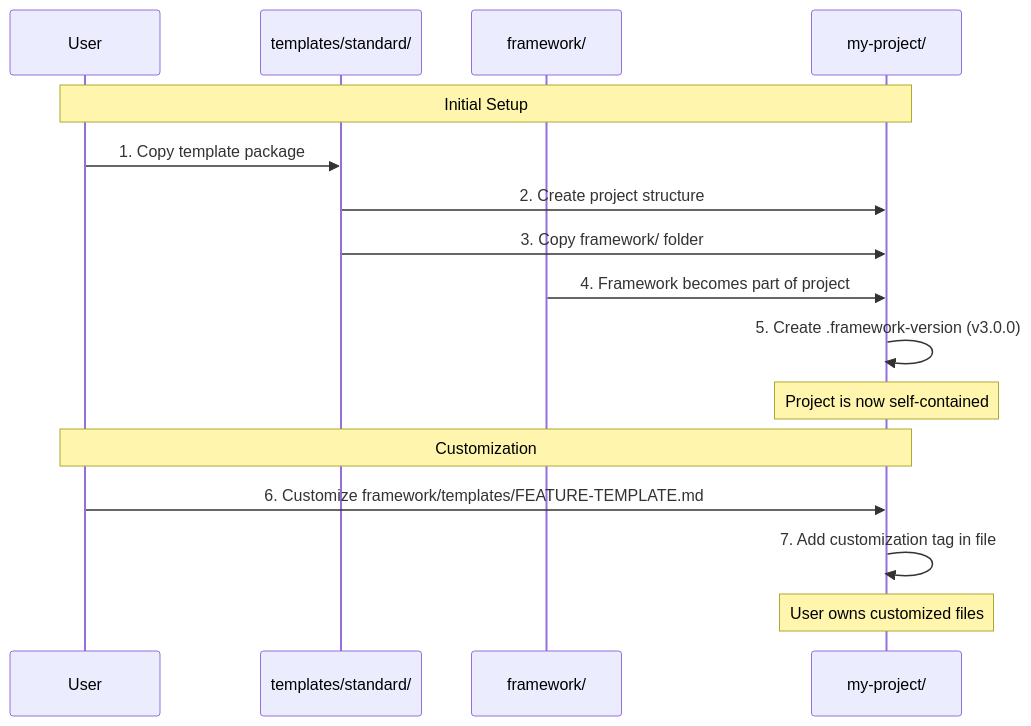
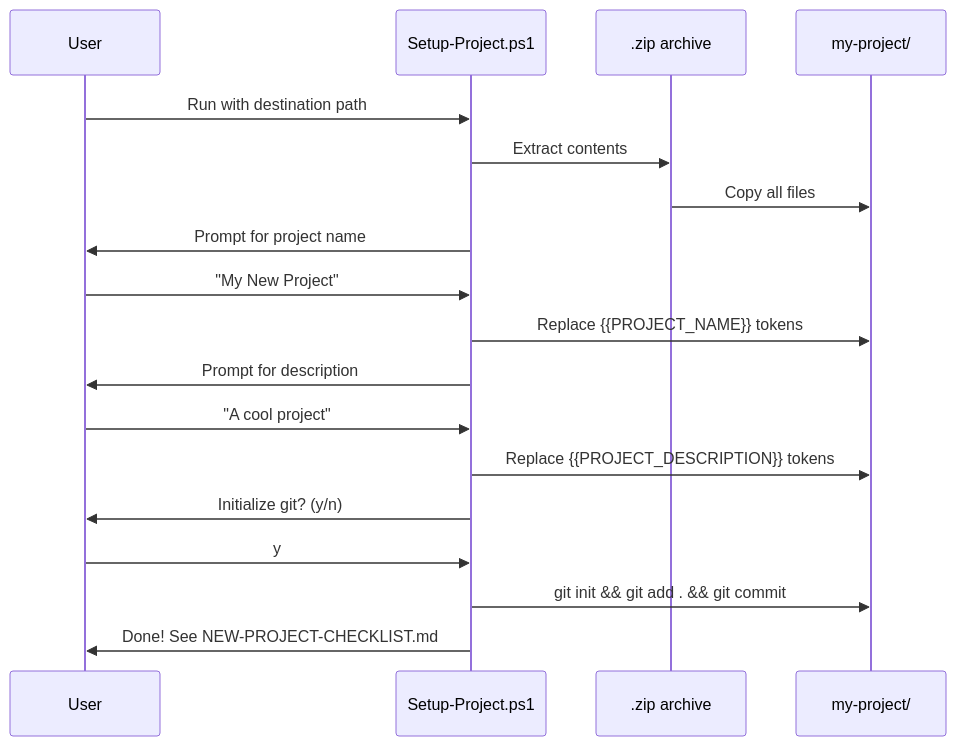
The second of 3 diagrams in framework/thoughts/work/todo/DECISION-050-framework-distribution-flow-diagram.md (SpearIT-LLC/project-framework), drawn with Mermaid before and after one commit. The commit also changed other lines of this file and 15 other files, not shown here.

````diff
--- a/framework/thoughts/work/todo/DECISION-050-framework-distribution-flow-diagram.md
+++ b/framework/thoughts/work/todo/DECISION-050-framework-distribution-flow-diagram.md
@@ -68,22 +157,21 @@
 ```mermaid
 sequenceDiagram
     participant User
-    participant Template as templates/standard/
-    participant Framework as framework/
+    participant Script as Setup-Project.ps1
+    participant Archive as .zip archive
     participant Project as my-project/
 
-    Note over User,Project: Initial Setup
-    User->>Template: 1. Copy template package
-    Template->>Project: 2. Create project structure
-    Template->>Project: 3. Copy framework/ folder
-    Framework->>Project: 4. Framework becomes part of project
-    Project->>Project: 5. Create .framework-version (v3.0.0)
-
-    Note over Project: Project is now self-contained
-
-    Note over User,Project: Customization
-    User->>Project: 6. Customize framework/templates/FEATURE-TEMPLATE.md
-    Project->>Project: 7. Add customization tag in file
-
-    Note over Project: User owns customized files
+    User->>Script: Run with destination path
+    Script->>Archive: Extract contents
+    Archive->>Project: Copy all files
+    Script->>User: Prompt for project name
+    User->>Script: "My New Project"
+    Script->>Project: Replace {{PROJECT_NAME}} tokens
+    Script->>User: Prompt for description
+    User->>Script: "A cool project"
+    Script->>Project: Replace {{PROJECT_DESCRIPTION}} tokens
+    Script->>User: Initialize git? (y/n)
+    User->>Script: y
+    Script->>Project: git init && git add . && git commit
+    Script->>User: Done! See NEW-PROJECT-CHECKLIST.md
 ```
````
